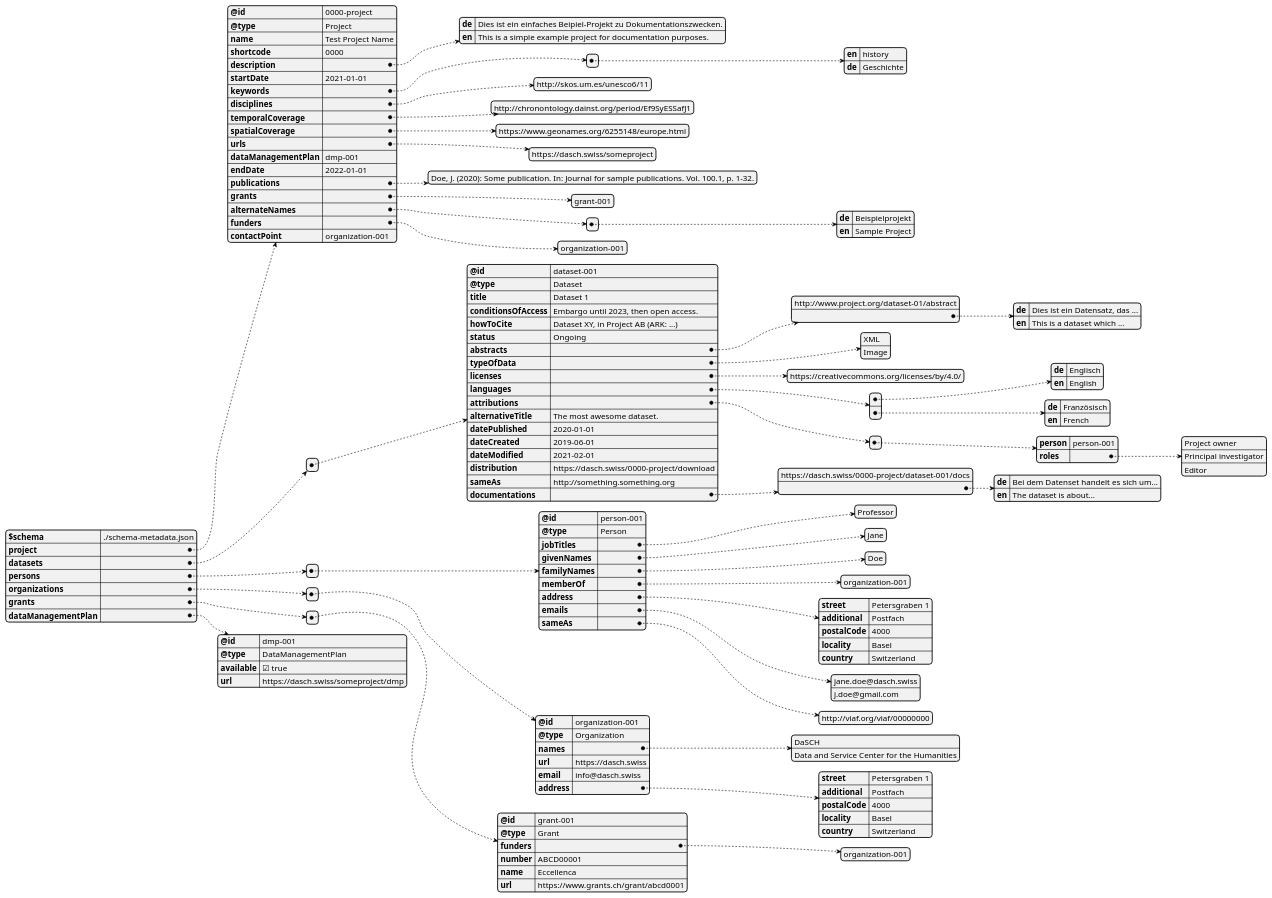
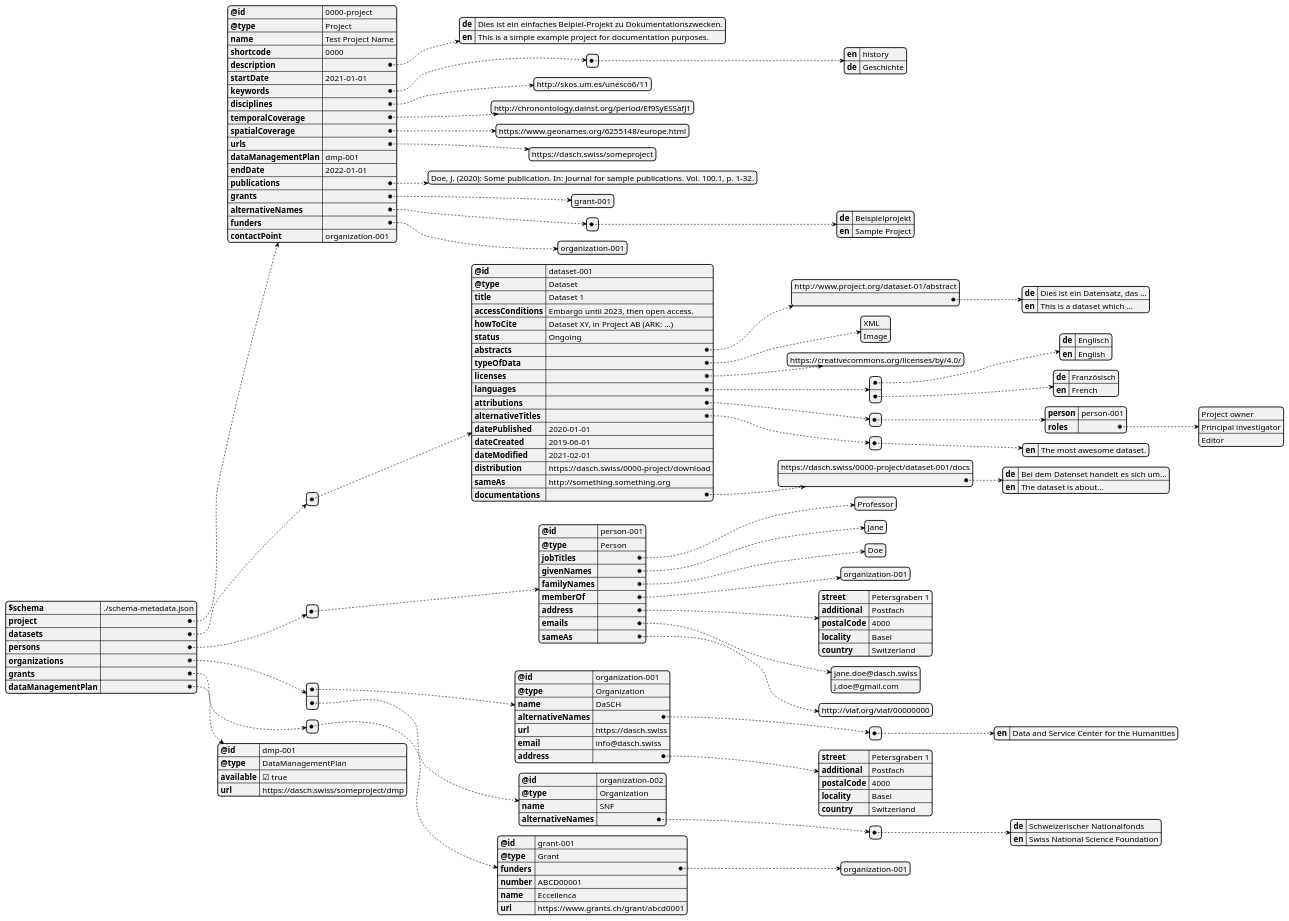
The diagram in docs/services/metadata/api-example.puml (dasch-swiss/dasch-service-platform), drawn with PlantUML before and after one commit. The commit also changed 6 other files, not shown here.

```diff
--- a/docs/services/metadata/api-example.puml
+++ b/docs/services/metadata/api-example.puml
@@ -1,181 +1,198 @@
 @startjson API-Example
 
 {
   "$schema": "./schema-metadata.json",
   "project": {
     "@id": "0000-project",
     "@type": "Project",
     "name": "Test Project Name",
     "shortcode": "0000",
     "description": {
       "de": "Dies ist ein einfaches Beipiel-Projekt zu Dokumentationszwecken.",
       "en": "This is a simple example project for documentation purposes."
     },
     "startDate": "2021-01-01",
     "keywords": [
       {
         "en": "history",
         "de": "Geschichte"
       }
     ],
     "disciplines": [
       "http://skos.um.es/unesco6/11"
     ],
     "temporalCoverage": [
       "http://chronontology.dainst.org/period/Ef9SyESSafJ1"
     ],
     "spatialCoverage": [
       "https://www.geonames.org/6255148/europe.html"
     ],
     "urls": [
       "https://dasch.swiss/someproject"
     ],
     "dataManagementPlan": "dmp-001",
     "endDate": "2022-01-01",
     "publications": [
       "Doe, J. (2020): Some publication. In: Journal for sample publications. Vol. 100.1, p. 1-32."
     ],
     "grants": [
       "grant-001"
     ],
-    "alternateNames": [
+    "alternativeNames": [
       {
         "de": "Beispielprojekt",
         "en": "Sample Project"
       }
     ],
     "funders": [
       "organization-001"
     ],
     "contactPoint": "organization-001"
   },
   "datasets": [
     {
       "@id": "dataset-001",
       "@type": "Dataset",
       "title": "Dataset 1",
-      "conditionsOfAccess": "Embargo until 2023, then open access.",
+      "accessConditions": "Embargo until 2023, then open access.",
       "howToCite": "Dataset XY, in Project AB (ARK: ...)",
       "status": "Ongoing",
       "abstracts": [
         "http://www.project.org/dataset-01/abstract",
         {
           "de": "Dies ist ein Datensatz, das ...",
           "en": "This is a dataset which ..."
         }
       ],
       "typeOfData": [
         "XML",
         "Image"
       ],
       "licenses": [
         "https://creativecommons.org/licenses/by/4.0/"
       ],
       "languages": [
         {
           "de": "Englisch",
           "en": "English"
         },
         {
           "de": "Französisch",
           "en": "French"
         }
       ],
       "attributions": [
         {
           "person": "person-001",
           "roles": [
             "Project owner",
             "Principal investigator",
             "Editor"
           ]
         }
       ],
-      "alternativeTitle": "The most awesome dataset.",
+      "alternativeTitles": [
+        {
+          "en": "The most awesome dataset."
+        }
+      ],
       "datePublished": "2020-01-01",
       "dateCreated": "2019-06-01",
       "dateModified": "2021-02-01",
       "distribution": "https://dasch.swiss/0000-project/download",
       "sameAs": "http://something.something.org",
       "documentations": [
         "https://dasch.swiss/0000-project/dataset-001/docs",
         {
           "de": "Bei dem Datenset handelt es sich um...",
           "en": "The dataset is about..."
         }
       ]
     }
   ],
   "persons": [
     {
       "@id": "person-001",
       "@type": "Person",
       "jobTitles": [
         "Professor"
       ],
       "givenNames": [
         "Jane"
       ],
       "familyNames": [
         "Doe"
       ],
       "memberOf": [
         "organization-001"
       ],
       "address": {
         "street": "Petersgraben 1",
         "additional": "Postfach",
         "postalCode": "4000",
         "locality": "Basel",
         "country": "Switzerland"
       },
       "emails": [
         "jane.doe@dasch.swiss",
         "j.doe@gmail.com"
       ],
       "sameAs": [
         "http://viaf.org/viaf/00000000"
       ]
     }
   ],
   "organizations": [
     {
       "@id": "organization-001",
       "@type": "Organization",
-      "names": [
-        "DaSCH",
-        "Data and Service Center for the Humanities"
+      "name": "DaSCH",
+      "alternativeNames": [
+        {
+          "en": "Data and Service Center for the Humanities"
+        }
       ],
       "url": "https://dasch.swiss",
       "email": "info@dasch.swiss",
       "address": {
         "street": "Petersgraben 1",
         "additional": "Postfach",
         "postalCode": "4000",
         "locality": "Basel",
         "country": "Switzerland"
       }
+    },
+    {
+      "@id": "organization-002",
+      "@type": "Organization",
+      "name": "SNF",
+      "alternativeNames": [
+        {
+          "de": "Schweizerischer Nationalfonds",
+          "en": "Swiss National Science Foundation"
+        }
+      ]
     }
   ],
   "grants": [
     {
       "@id": "grant-001",
       "@type": "Grant",
       "funders": [
         "organization-001"
       ],
       "number": "ABCD00001",
       "name": "Eccellenca",
       "url": "https://www.grants.ch/grant/abcd0001"
     }
   ],
   "dataManagementPlan": {
     "@id": "dmp-001",
     "@type": "DataManagementPlan",
     "available": true,
     "url": "https://dasch.swiss/someproject/dmp"
   }
 }
 
 
 @endjson
```
